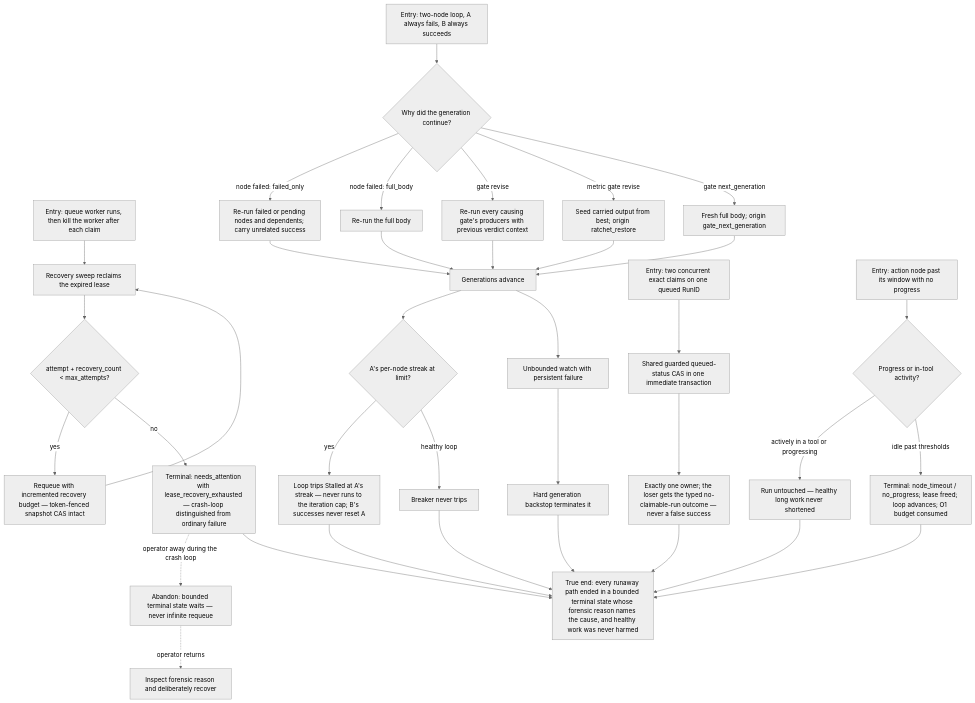
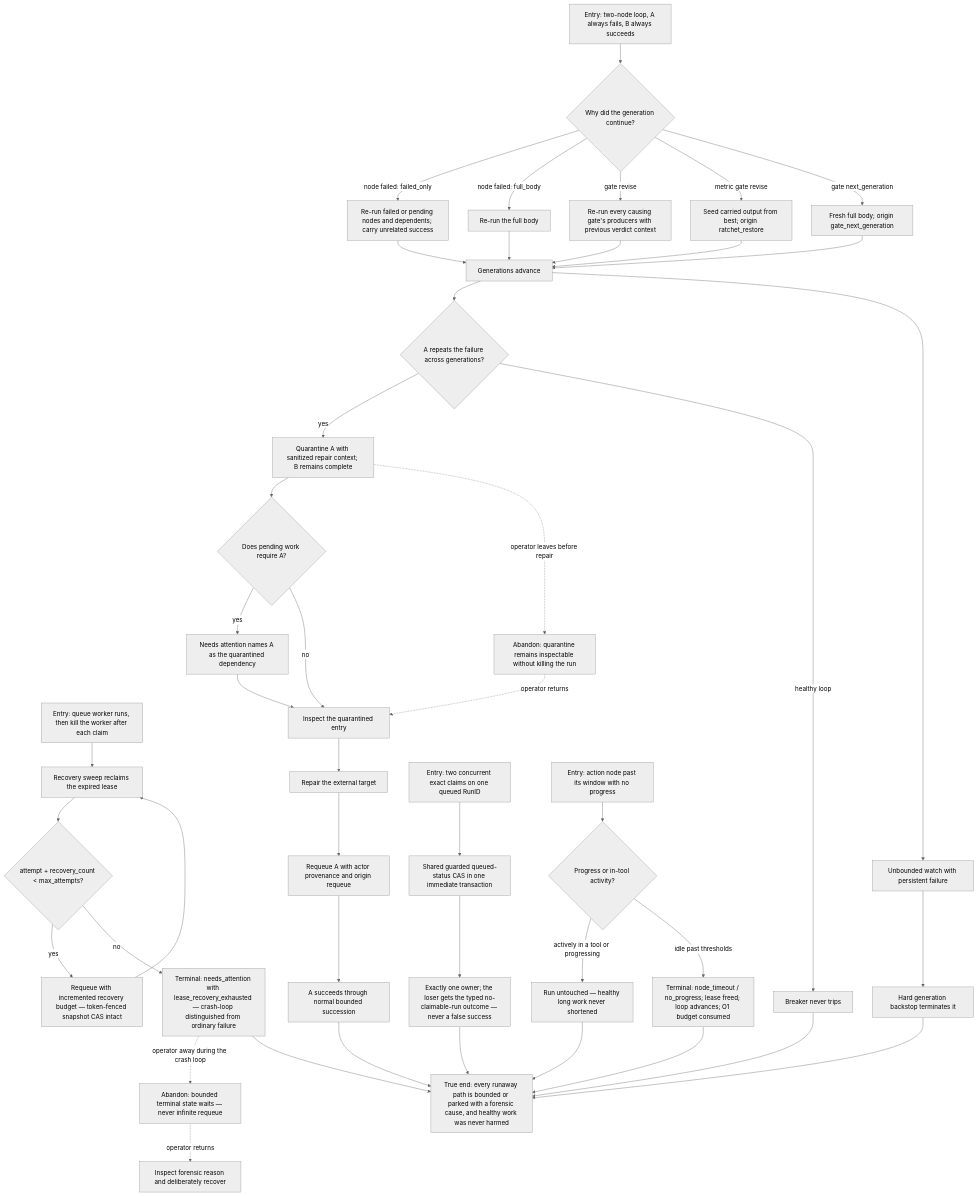
Before and after one commit to compozy/compozy: the diagram in docs/qa/journeys/J-bound-runaway-work.md, drawn with Mermaid (neutral theme). The commit also changed other lines of this file and 46 other files, not shown here.

First line of the commit message:
feat: Target health breaker, quarantine and requeue #04

````diff
--- a/docs/qa/journeys/J-bound-runaway-work.md
+++ b/docs/qa/journeys/J-bound-runaway-work.md
@@ -10,37 +10,46 @@
 ```mermaid
 flowchart TD
     E1[Entry: queue worker runs, then kill the worker after each claim] --> O1[Recovery sweep reclaims the expired lease]
     O1 --> B{attempt + recovery_count < max_attempts?}
     B -->|yes| RQ[Requeue with incremented recovery budget — token-fenced snapshot CAS intact]
     RQ --> O1
     B -->|no| TX[Terminal: needs_attention with lease_recovery_exhausted — crash-loop distinguished from ordinary failure]
     E2[Entry: two-node loop, A always fails, B always succeeds] --> CAUSE{Why did the generation continue?}
     CAUSE -->|node failed: failed_only| PARTIAL[Re-run failed or pending nodes and dependents; carry unrelated success]
     CAUSE -->|node failed: full_body| FRESH[Re-run the full body]
     CAUSE -->|gate revise| REPAIR[Re-run every causing gate's producers with previous verdict context]
     CAUSE -->|metric gate revise| RESTORE[Seed carried output from best; origin ratchet_restore]
     CAUSE -->|gate next_generation| GNEXT[Fresh full body; origin gate_next_generation]
     PARTIAL --> GEN[Generations advance]
     FRESH --> GEN
     REPAIR --> GEN
     RESTORE --> GEN
     GNEXT --> GEN
-    GEN --> ST{A's per-node streak at limit?}
-    ST -->|yes| STL[Loop trips Stalled at A's streak — never runs to the iteration cap; B's successes never reset A]
+    GEN --> ST{A repeats the failure across generations?}
+    ST -->|yes| Q[Quarantine A with sanitized repair context; B remains complete]
+    Q --> DEP{Does pending work require A?}
+    DEP -->|yes| ATTN[Needs attention names A as the quarantined dependency]
+    DEP -->|no| INSQ[Inspect the quarantined entry]
+    ATTN --> INSQ
+    INSQ --> FIX[Repair the external target]
+    FIX --> REQUEUE[Requeue A with actor provenance and origin requeue]
+    REQUEUE --> RECOVER[A succeeds through normal bounded succession]
     ST -->|healthy loop| OKL[Breaker never trips]
     GEN --> WB[Unbounded watch with persistent failure] --> BSTOP[Hard generation backstop terminates it]
     E3[Entry: two concurrent exact claims on one queued RunID] --> CAS[Shared guarded queued-status CAS in one immediate transaction]
     CAS --> ONE[Exactly one owner; the loser gets the typed no-claimable-run outcome — never a false success]
     E4[Entry: action node past its window with no progress] --> LV{Progress or in-tool activity?}
     LV -->|actively in a tool or progressing| LIVE[Run untouched — healthy long work never shortened]
     LV -->|idle past thresholds| TO[Terminal: node_timeout / no_progress; lease freed; loop advances; O1 budget consumed]
     TX -.->|operator away during the crash loop| AB[Abandon: bounded terminal state waits — never infinite requeue]
     AB -.->|operator returns| INS[Inspect forensic reason and deliberately recover]
-    STL --> TE[True end: every runaway path ended in a bounded terminal state whose forensic reason names the cause, and healthy work was never harmed]
+    Q -.->|operator leaves before repair| ABQ[Abandon: quarantine remains inspectable without killing the run]
+    ABQ -.->|operator returns| INSQ
+    RECOVER --> TE[True end: every runaway path is bounded or parked with a forensic cause, and healthy work was never harmed]
     TX --> TE
     ONE --> TE
     TO --> TE
     BSTOP --> TE
     LIVE --> TE
     OKL --> TE
 ```
````
